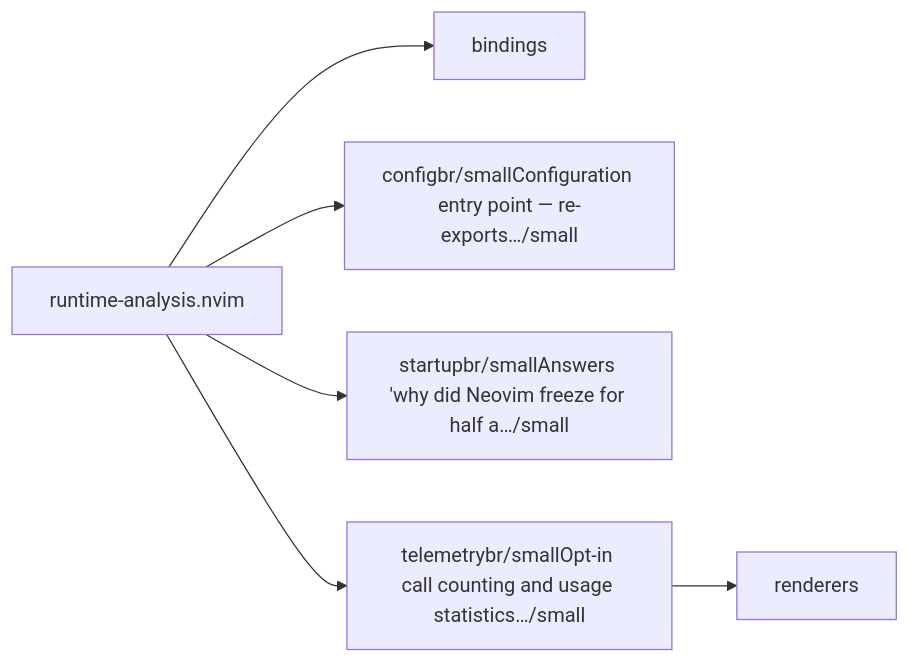
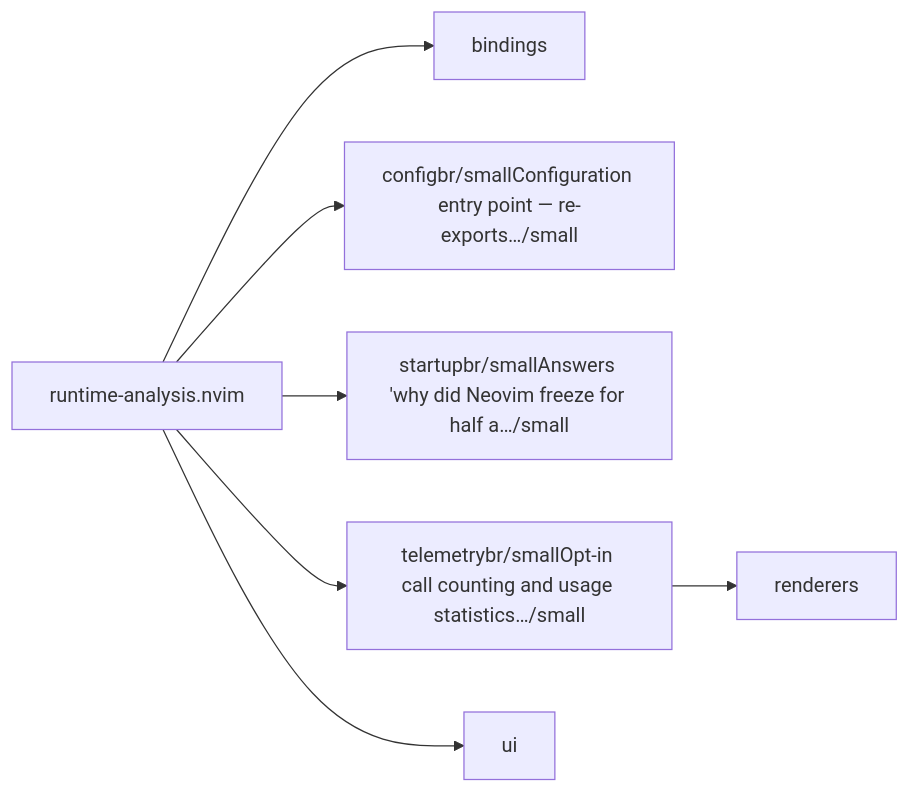
Before and after one commit to StefanBartl/runtime-analysis.nvim: the first of 2 diagrams in docs/map/overview.md, drawn with Mermaid. The commit also changed other lines of this file and 2 other files, not shown here.

````diff
--- a/docs/map/overview.md
+++ b/docs/map/overview.md
@@ -14,14 +14,16 @@
 ```mermaid
 flowchart LR
   nlua_runtime_analysis["runtime-analysis.nvim"]
   nlua_runtime_analysis_bindings["bindings"]
   nlua_runtime_analysis_config["configbr/smallConfiguration entry point — re-exports…/small"]
   nlua_runtime_analysis_startup["startupbr/smallAnswers 'why did Neovim freeze for half a…/small"]
   nlua_runtime_analysis_telemetry["telemetrybr/smallOpt-in call counting and usage statistics…/small"]
   nlua_runtime_analysis_telemetry_renderers["renderers"]
+  nlua_runtime_analysis_ui["ui"]
   nlua_runtime_analysis --> nlua_runtime_analysis_bindings
   nlua_runtime_analysis --> nlua_runtime_analysis_config
   nlua_runtime_analysis --> nlua_runtime_analysis_startup
   nlua_runtime_analysis --> nlua_runtime_analysis_telemetry
   nlua_runtime_analysis_telemetry --> nlua_runtime_analysis_telemetry_renderers
+  nlua_runtime_analysis --> nlua_runtime_analysis_ui
 ```
````
